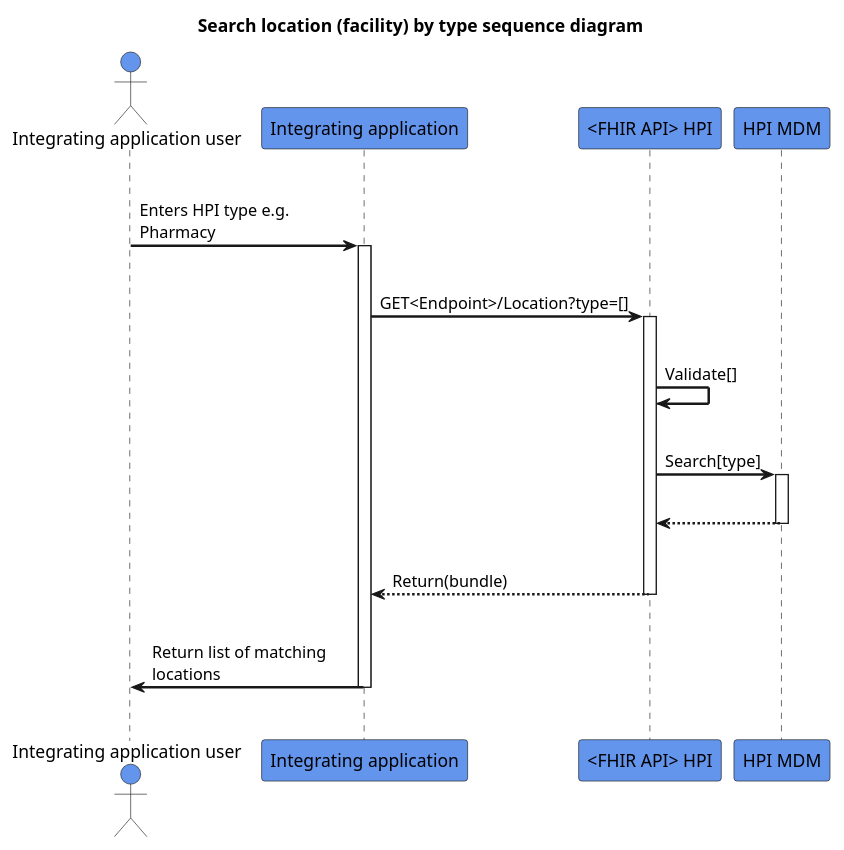
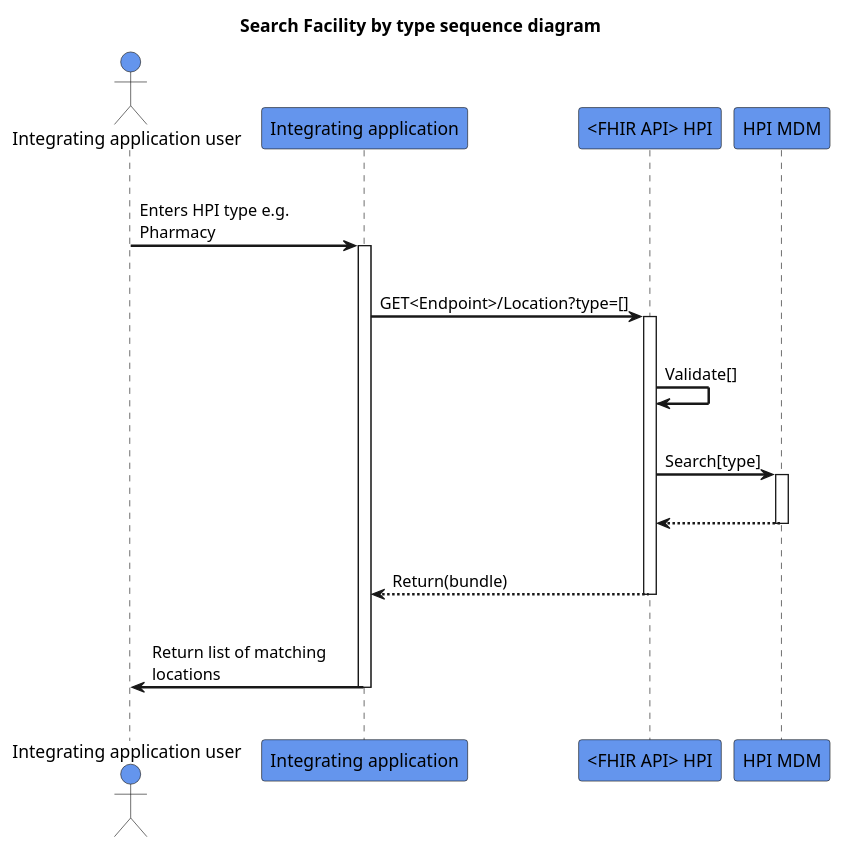
Before and after one commit to HL7NZ/hpi: the diagram in input/images-source/search-locationbytype.plantuml, drawn with PlantUML.

```diff
--- a/input/images-source/search-locationbytype.plantuml
+++ b/input/images-source/search-locationbytype.plantuml
@@ -1,32 +1,32 @@
 @startuml
 skinparam sequenceArrowThickness 2
 skinparam roundcorner 5
 skinparam maxmessagesize 180
 skinparam sequenceParticipant bold
-title Search location (facility) by type sequence diagram
+title Search Facility by type sequence diagram
 actor "Integrating application user" as User #CornflowerBlue
 participant "Integrating application" as A #CornflowerBlue
 participant "<FHIR API> HPI" as B #CornflowerBlue
 participant "HPI MDM" as C #CornflowerBlue
 |||
 User -> A: Enters HPI type e.g. Pharmacy
 activate A
 |||
 A -> B: GET<Endpoint>/Location?type=[]
 activate B
 |||
 B -> B: Validate[]
 |||
 B -> C: Search[type]
 activate C
 |||
 C -[dashed]-> B:  
 deactivate C
 |||
 B -[dashed]-> A:Return(bundle)
 deactivate B
 |||
 A -> User: Return list of matching locations
 deactivate A
 |||
 @enduml
```
